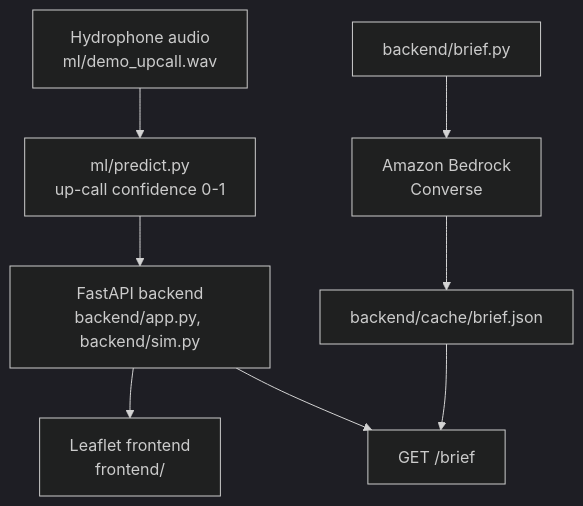
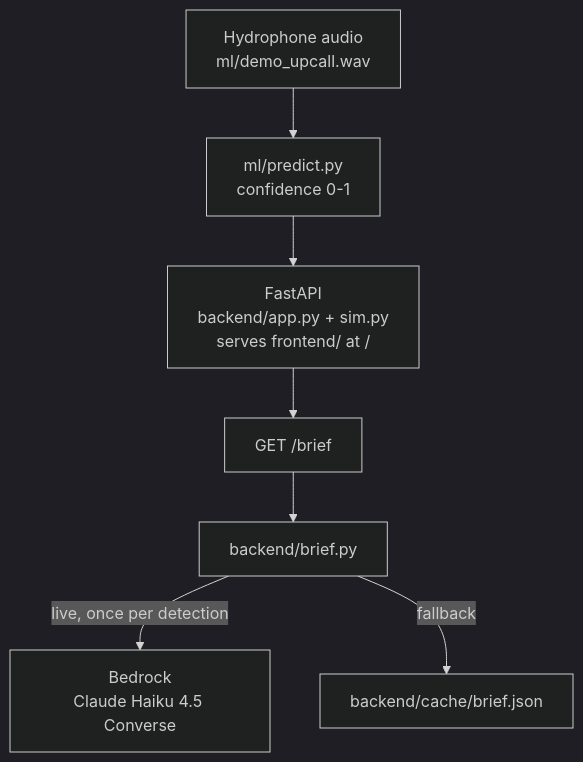
Before and after one commit to Kirtan10/rightway: the diagram in README.md, drawn with Mermaid (dark theme). The commit also changed other lines of this file, not shown here.

````diff
--- a/README.md
+++ b/README.md
@@ -40,10 +57,8 @@
 ```mermaid
 flowchart TD
-    A[Hydrophone audio<br/>ml/demo_upcall.wav] --> B[ml/predict.py<br/>up-call confidence 0-1]
-    B --> C[FastAPI backend<br/>backend/app.py, backend/sim.py]
-    C --> D[Leaflet frontend<br/>frontend/]
-    E[backend/brief.py] --> F[Amazon Bedrock<br/>Converse]
-    F --> G[backend/cache/brief.json]
-    G --> H[GET /brief]
-    C --> H
+    A[Hydrophone audio<br/>ml/demo_upcall.wav] --> B[ml/predict.py<br/>confidence 0-1]
+    B --> C[FastAPI<br/>backend/app.py + sim.py<br/>serves frontend/ at /]
+    C --> H[GET /brief] --> E[backend/brief.py]
+    E -->|live, once per detection| F[Bedrock<br/>Claude Haiku 4.5 Converse]
+    E -->|fallback| G[backend/cache/brief.json]
 ```
````
